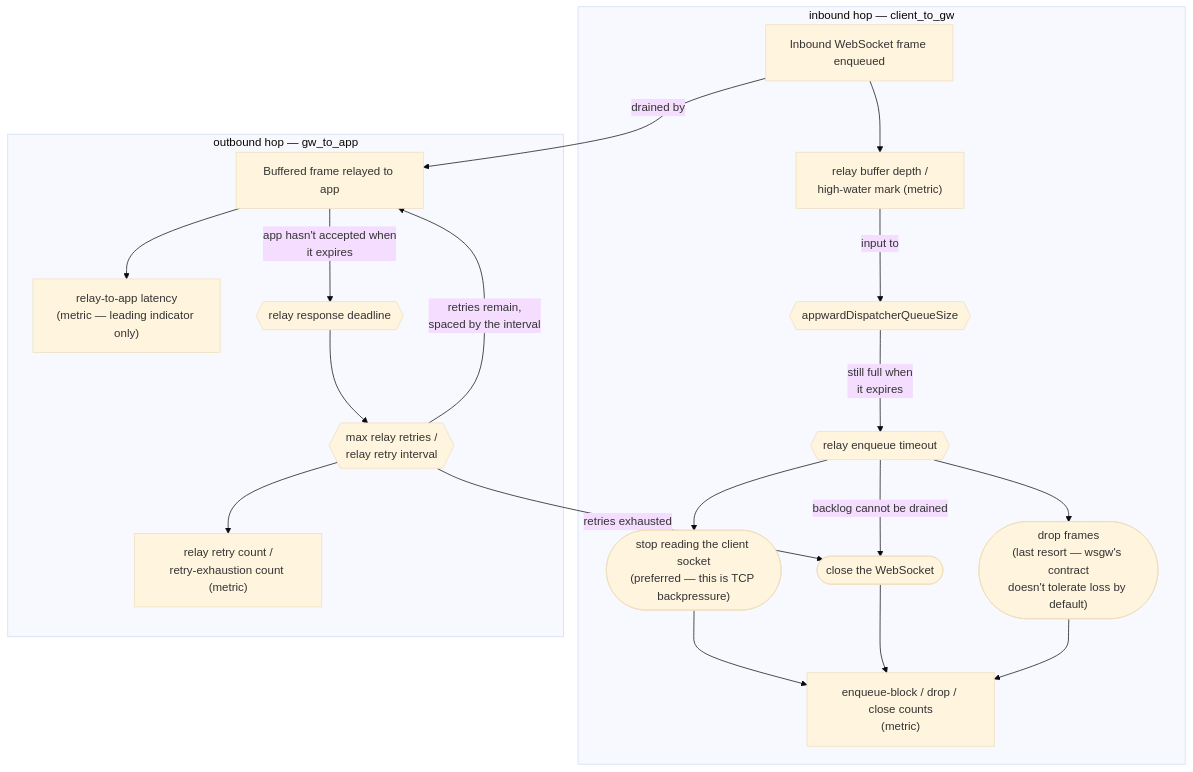
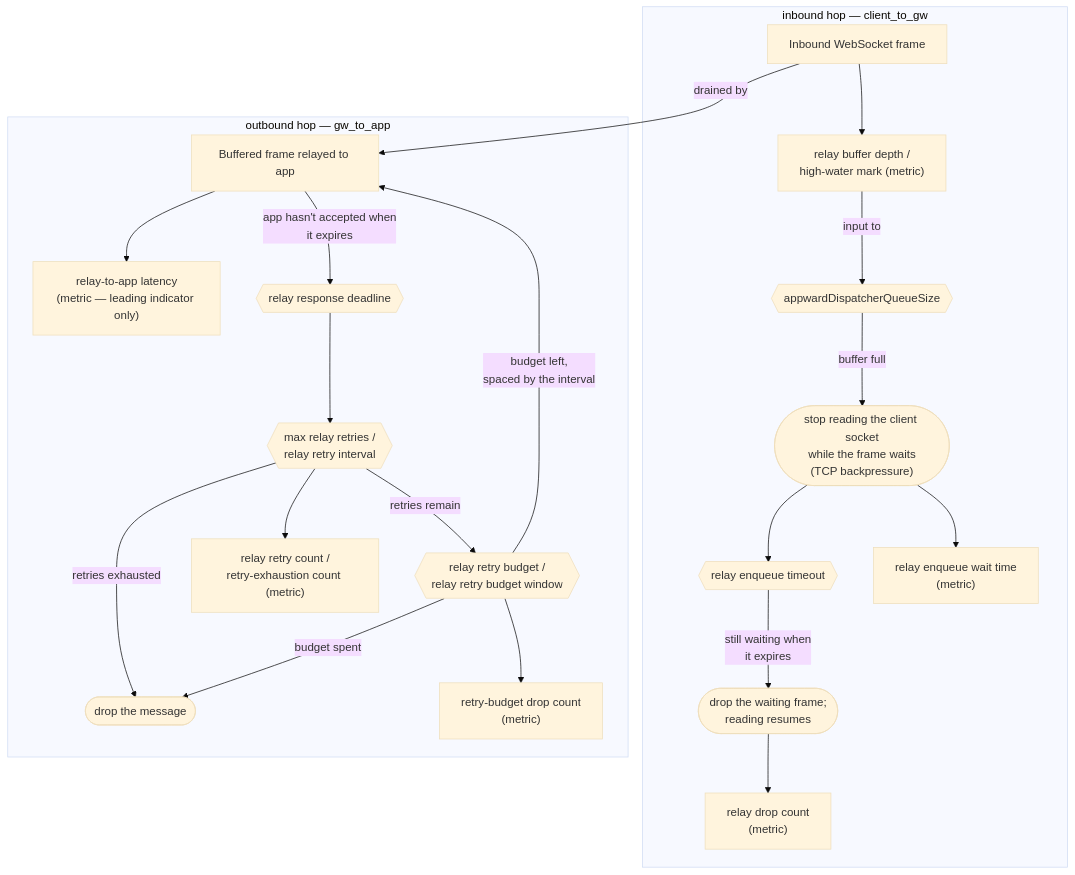
The fourth of 4 diagrams in docs/backpressure.md (pdkovacs/wsgw-jakarta), drawn with Mermaid (base theme) before and after one commit. The commit also changed other lines of this file and 7 other files, not shown here.

Commit message:
Backpressure control: RELAY inbound hop - INPRGRSS

````diff
--- a/docs/backpressure.md
+++ b/docs/backpressure.md
@@ -613,28 +649,30 @@
 ```mermaid
 flowchart TD
     subgraph inbound["inbound hop — client_to_gw"]
-        E1["Inbound WebSocket frame enqueued"]
+        E1["Inbound WebSocket frame"]
+        ActDrop(["drop the waiting frame;\nreading resumes"])
         E1 --> MetricDepth["relay buffer depth /\nhigh-water mark (metric)"]
         MetricDepth -->|"input to"| KnobQueueSize{{"appwardDispatcherQueueSize"}}
-        KnobQueueSize -->|"still full when\nit expires"| KnobEnqueueTimeout{{"relay enqueue timeout"}}
-        KnobEnqueueTimeout --> ActStopRead(["stop reading the client socket\n(preferred — this is TCP backpressure)"])
-        KnobEnqueueTimeout --> ActDrop(["drop frames\n(last resort — wsgw's contract\ndoesn't tolerate loss by default)"])
-        ActClose(["close the WebSocket"])
-        ActStopRead --> MetricActions["enqueue-block / drop / close counts\n(metric)"]
-        ActClose --> MetricActions
-        ActDrop --> MetricActions
+        KnobQueueSize -->|"buffer full"| ActStopRead(["stop reading the client socket\nwhile the frame waits\n(TCP backpressure)"])
+        ActStopRead --> KnobEnqueueTimeout{{"relay enqueue timeout"}}
+        KnobEnqueueTimeout -->|"still waiting when\nit expires"| ActDrop
+        ActStopRead --> MetricWait["relay enqueue wait time\n(metric)"]
+        ActDrop --> MetricDrops["relay drop count\n(metric)"]
     end
 
     subgraph outbound["outbound hop — gw_to_app"]
         E0["Buffered frame relayed to app"]
+        ActDropMessage(["drop the message"])
         E0 --> MetricLatency["relay-to-app latency\n(metric — leading indicator only)"]
         E0 -->|"app hasn't accepted when\nit expires"| KnobDeadline{{"relay response deadline"}}
         KnobDeadline --> KnobRetries{{"max relay retries /\nrelay retry interval"}}
-        KnobRetries -->|"retries remain,\nspaced by the interval"| E0
+        KnobRetries -->|"retries remain"| KnobBudget{{"relay retry budget /\nrelay retry budget window"}}
+        KnobBudget -->|"budget left,\nspaced by the interval"| E0
+        KnobRetries -->|"retries exhausted"| ActDropMessage
+        KnobBudget -->|"budget spent"| ActDropMessage
         KnobRetries --> MetricRetries["relay retry count /\nretry-exhaustion count (metric)"]
+        KnobBudget --> MetricBudgetDrops["retry-budget drop count\n(metric)"]
     end
 
-    KnobEnqueueTimeout -->|"backlog cannot be drained"| ActClose
-    KnobRetries -->|"retries exhausted"| ActClose
     E1 -->|"drained by"| E0
 ```
````
